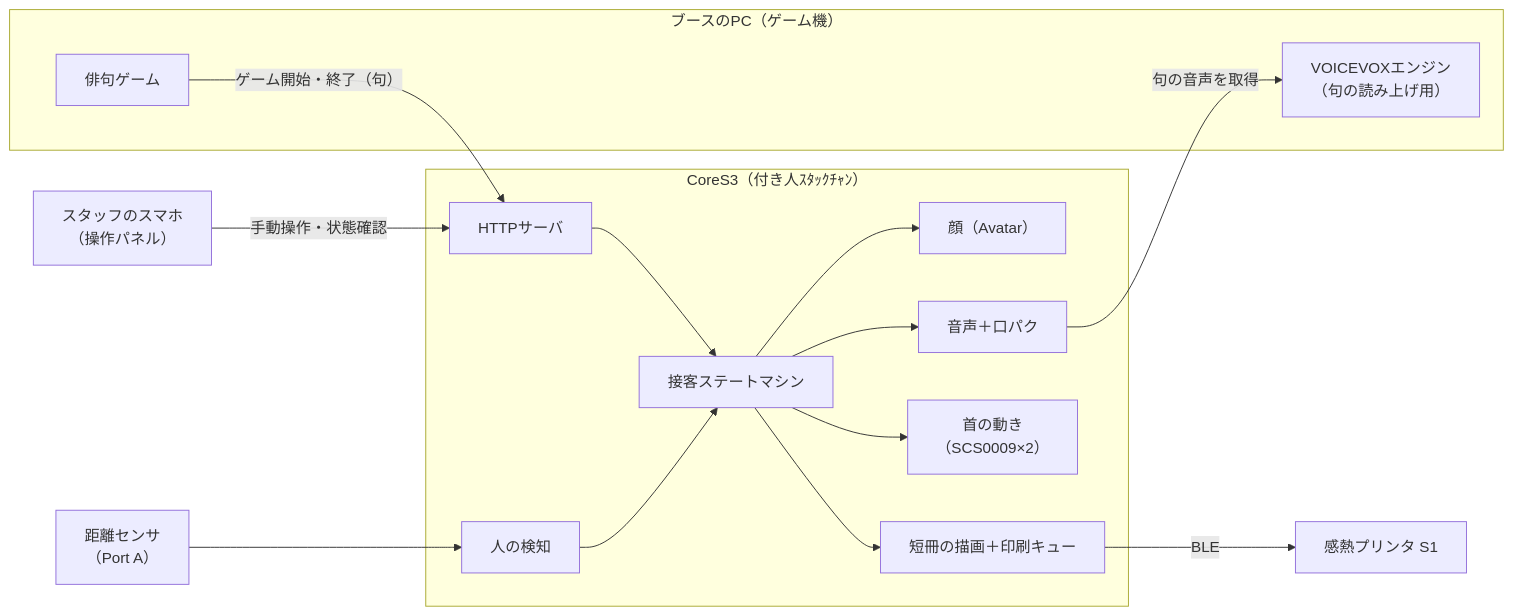
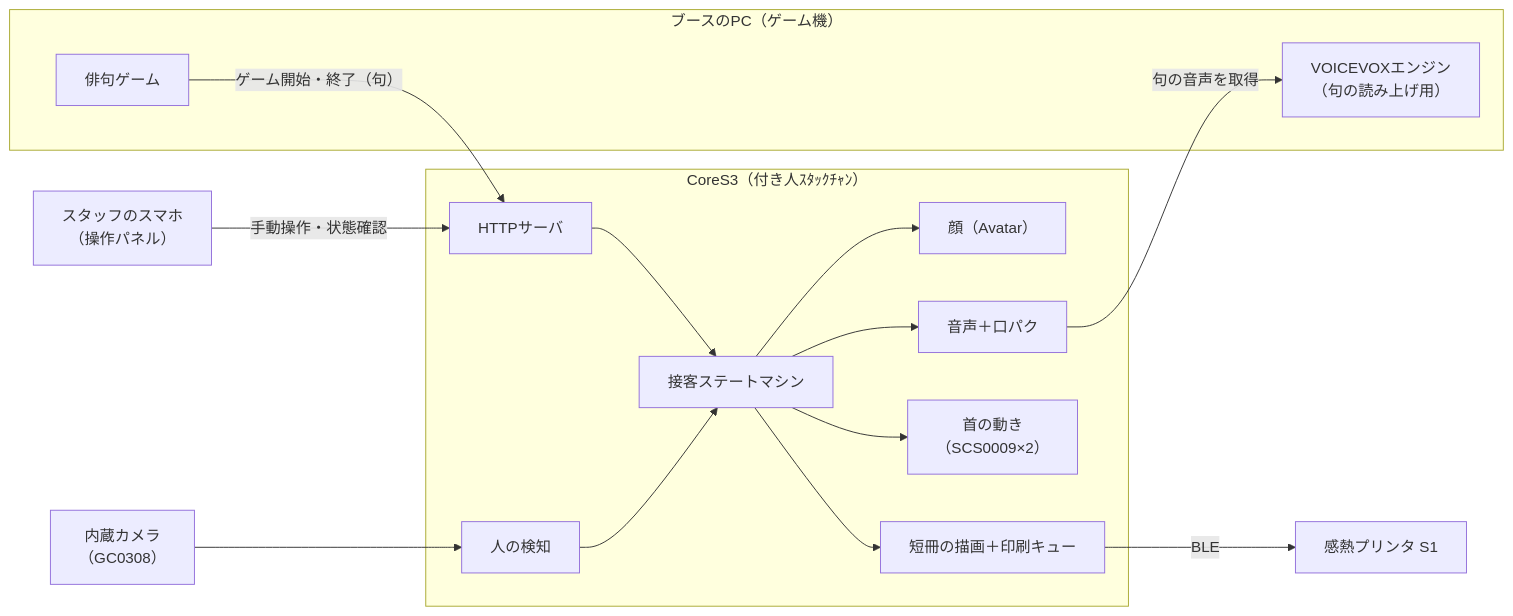
The first of 2 diagrams in docs/software.md (hakubou/Tsukibito-StackChan), drawn with Mermaid before and after one commit. The commit also changed other lines of this file and 2 other files, not shown here.

````diff
--- a/docs/software.md
+++ b/docs/software.md
@@ -11,27 +11,27 @@
 ```mermaid
 flowchart LR
   subgraph PC["ブースのPC（ゲーム機）"]
     GAME["俳句ゲーム"]
     VV["VOICEVOXエンジン<br>（句の読み上げ用）"]
   end
   STAFF["スタッフのスマホ<br>（操作パネル）"]
   subgraph BOT["CoreS3（付き人ｽﾀｯｸﾁｬﾝ）"]
     API["HTTPサーバ"]
     BRAIN["接客ステートマシン"]
     FACE["顔（Avatar）"]
     VOICE["音声＋口パク"]
     MOTION["首の動き<br>（SCS0009×2）"]
     SENSE["人の検知"]
     PRINT["短冊の描画＋印刷キュー"]
   end
   S1["感熱プリンタ S1"]
-  SENSOR["距離センサ<br>（Port A）"]
+  SENSOR["内蔵カメラ<br>（GC0308）"]
 
   GAME -- "ゲーム開始・終了（句）" --> API
   STAFF -- "手動操作・状態確認" --> API
   API --> BRAIN
   SENSOR --> SENSE --> BRAIN
   BRAIN --> FACE & VOICE & MOTION & PRINT
   VOICE -- "句の音声を取得" --> VV
   PRINT -- "BLE" --> S1
 ```
````
